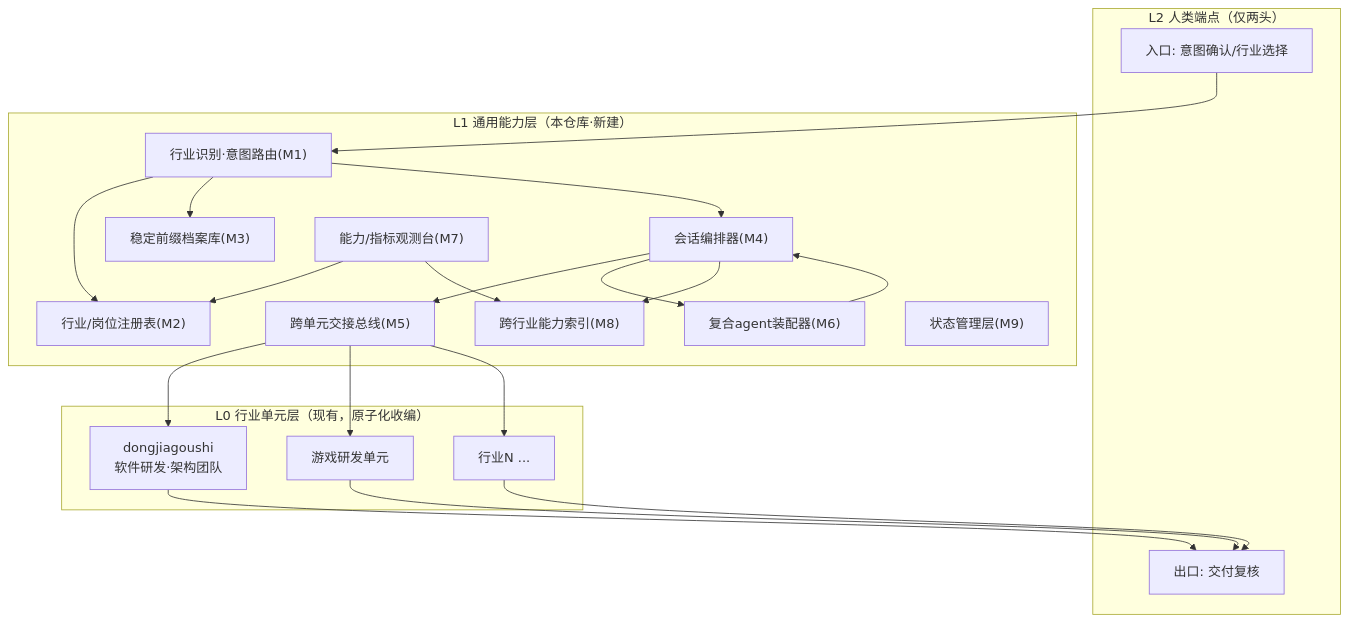
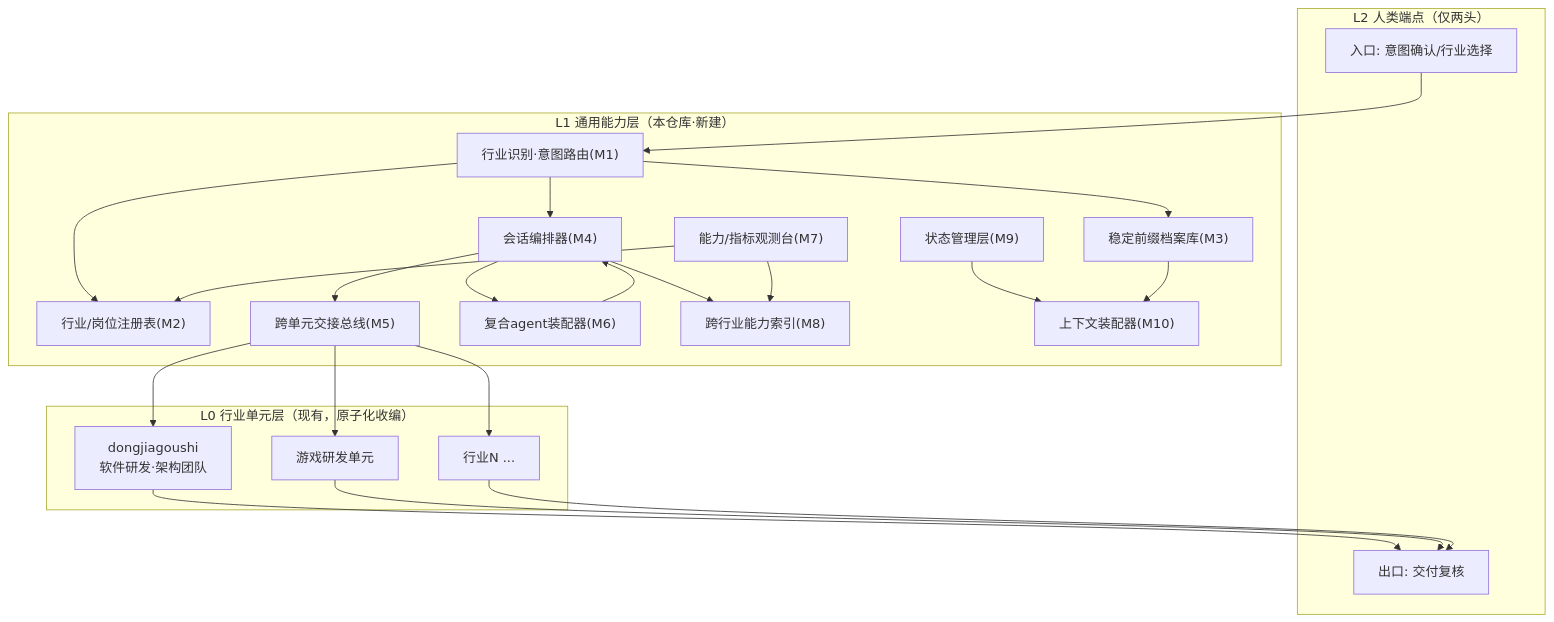
Before and after one commit to haodongzhang022-hue/hanghangchuzhuangyuan: the diagram in docs/architecture/ARCHITECTURE.md, drawn with Mermaid. The commit also changed other lines of this file, not shown here.

Commit message:
docs: ARCHITECTURE.md 更新M10上下文装配器模块清单

````diff
--- a/docs/architecture/ARCHITECTURE.md
+++ b/docs/architecture/ARCHITECTURE.md
@@ -20,30 +20,33 @@
 ```mermaid
 flowchart TB
     subgraph L2["L2 人类端点（仅两头）"]
         IN["入口: 意图确认/行业选择"]
         OUT["出口: 交付复核"]
     end
     subgraph L1["L1 通用能力层（本仓库·新建）"]
         GATE["行业识别·意图路由(M1)"]
         REG["行业/岗位注册表(M2)"]
         PREF["稳定前缀档案库(M3)"]
         ORCH["会话编排器(M4)"]
         HUB["跨单元交接总线(M5)"]
         COMP["复合agent装配器(M6)"]
         MTR["能力/指标观测台(M7)"]
         IDX["跨行业能力索引(M8)"]
         STA["状态管理层(M9)"]
+        CTX["上下文装配器(M10)"]
     end
     subgraph L0["L0 行业单元层（现有，原子化收编）"]
         U1["dongjiagoushi<br/>软件研发·架构团队"]
         U2["游戏研发单元"]
         UN["行业N ..."]
     end
     IN --> GATE
     GATE --> REG & PREF & ORCH
     ORCH --> HUB & COMP & IDX
     HUB --> U1 & U2 & UN
     COMP --> ORCH
     MTR --> REG & IDX
+    STA --> CTX
+    PREF --> CTX
     U1 & U2 & UN --> OUT
 ```
````
